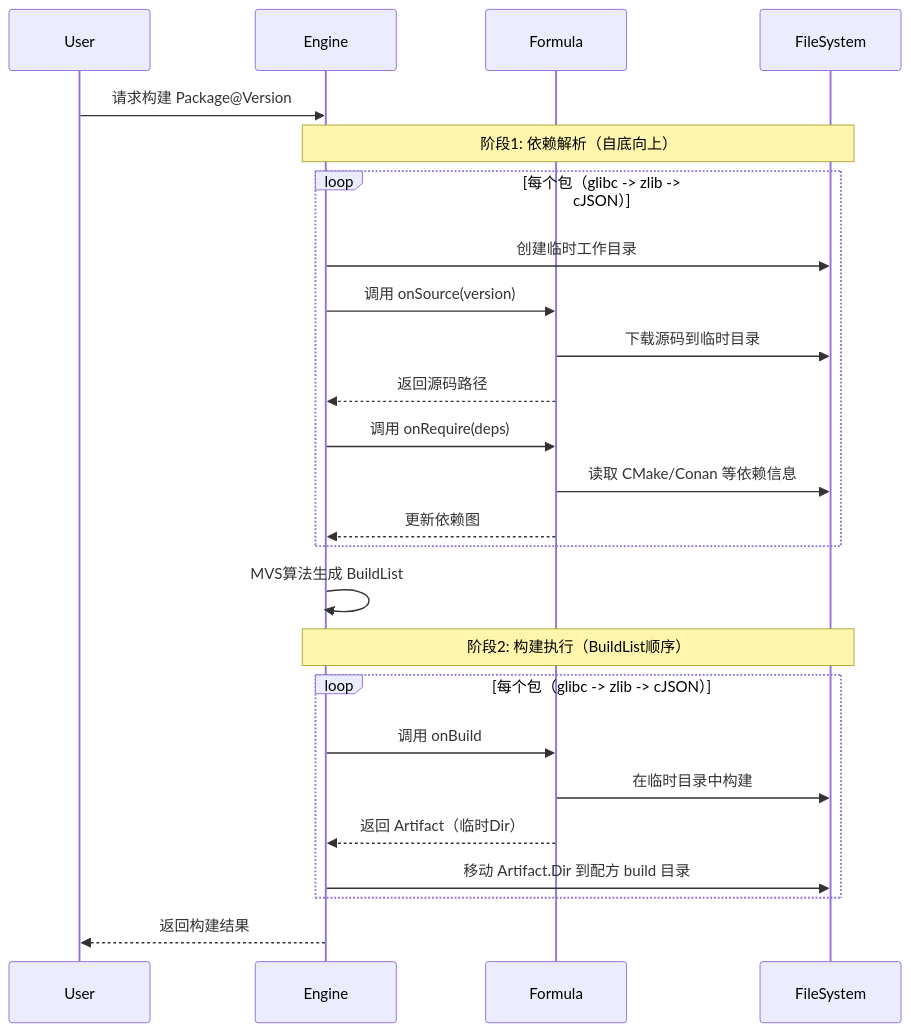
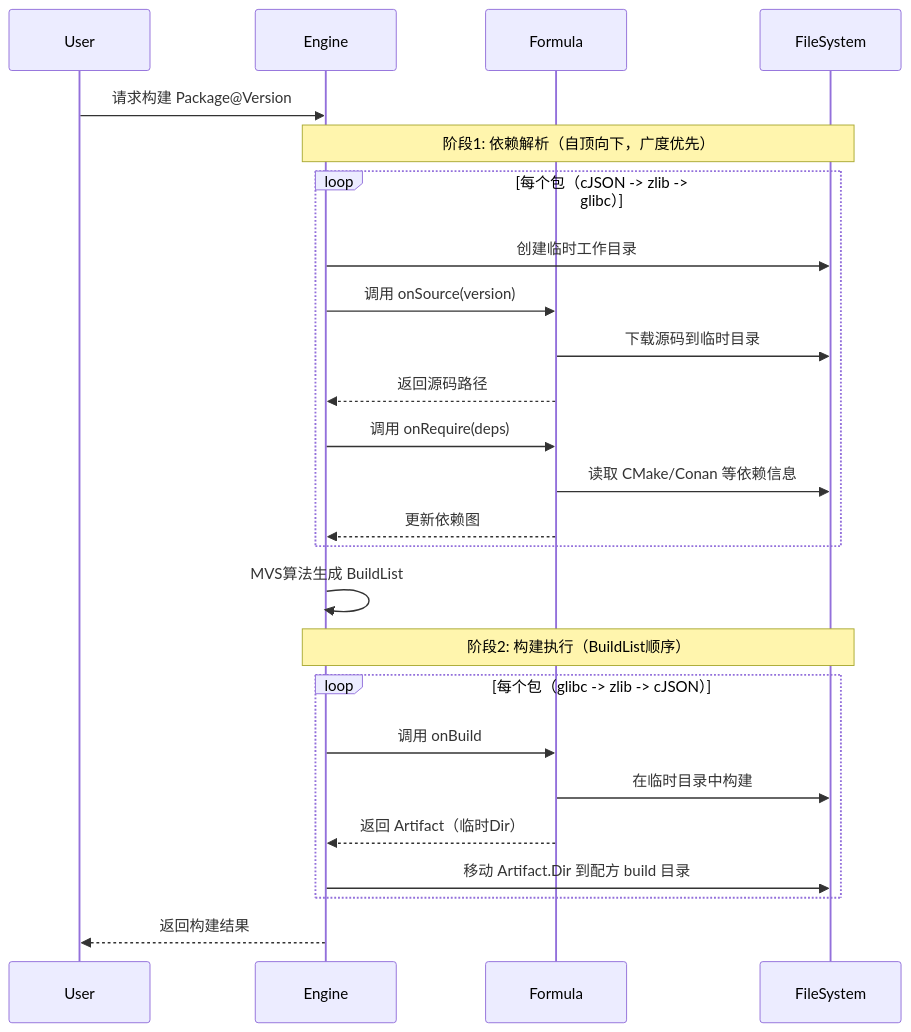
Before and after one commit to goplus/llar: the first of 4 diagrams in docs/formulas.md, drawn with Mermaid. The commit also changed other lines of this file, not shown here.

````diff
--- a/docs/formulas.md
+++ b/docs/formulas.md
@@ -404,33 +405,33 @@
 ```mermaid
 sequenceDiagram
     participant U as User
     participant E as Engine
     participant F as Formula
     participant FS as FileSystem
 
     U->>E: 请求构建 Package@Version
 
-    Note over E,FS: 阶段1: 依赖解析（自底向上）
-    loop 每个包（glibc -> zlib -> cJSON）
+    Note over E,FS: 阶段1: 依赖解析（自顶向下，广度优先）
+    loop 每个包（cJSON -> zlib -> glibc）
         E->>FS: 创建临时工作目录
         E->>F: 调用 onSource(version)
         F->>FS: 下载源码到临时目录
         F-->>E: 返回源码路径
 
         E->>F: 调用 onRequire(deps)
         F->>FS: 读取 CMake/Conan 等依赖信息
         F-->>E: 更新依赖图
     end
 
     E->>E: MVS算法生成 BuildList
 
     Note over E,FS: 阶段2: 构建执行（BuildList顺序）
     loop 每个包（glibc -> zlib -> cJSON）
         E->>F: 调用 onBuild
         F->>FS: 在临时目录中构建
         F-->>E: 返回 Artifact（临时Dir）
         E->>FS: 移动 Artifact.Dir 到配方 build 目录
     end
 
     E-->>U: 返回构建结果
 ```
````
